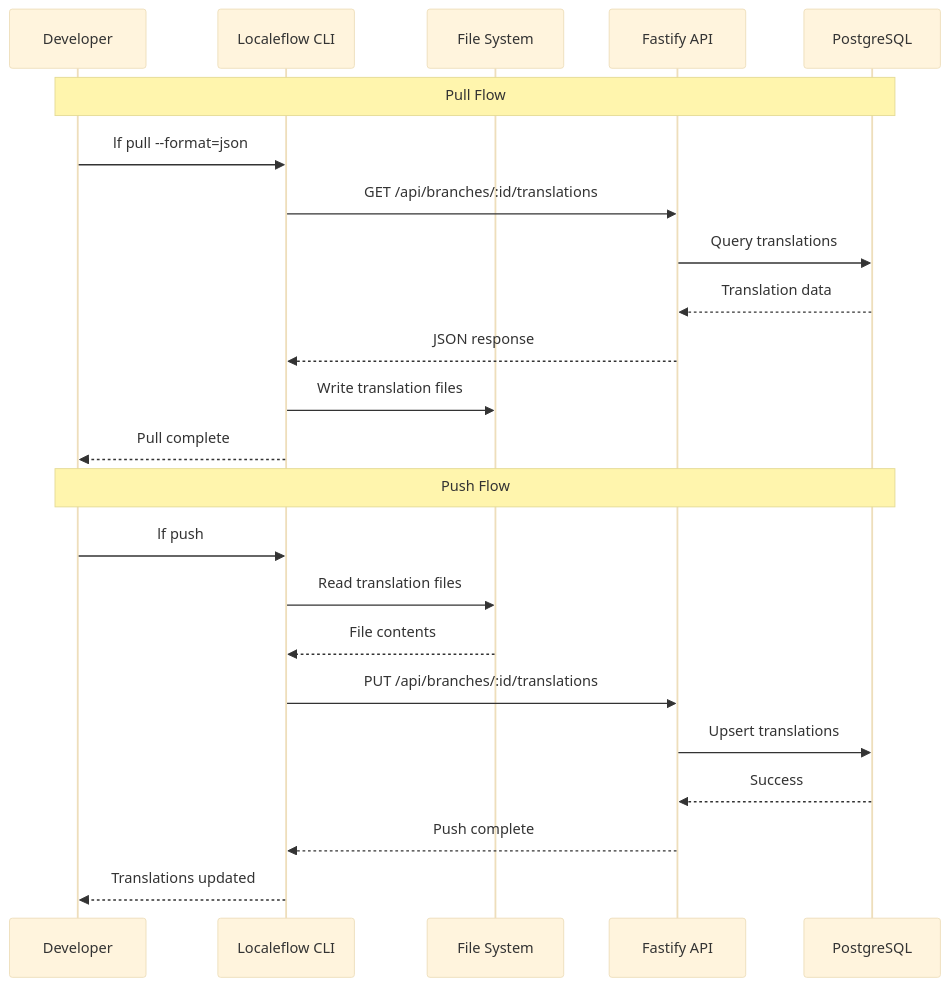
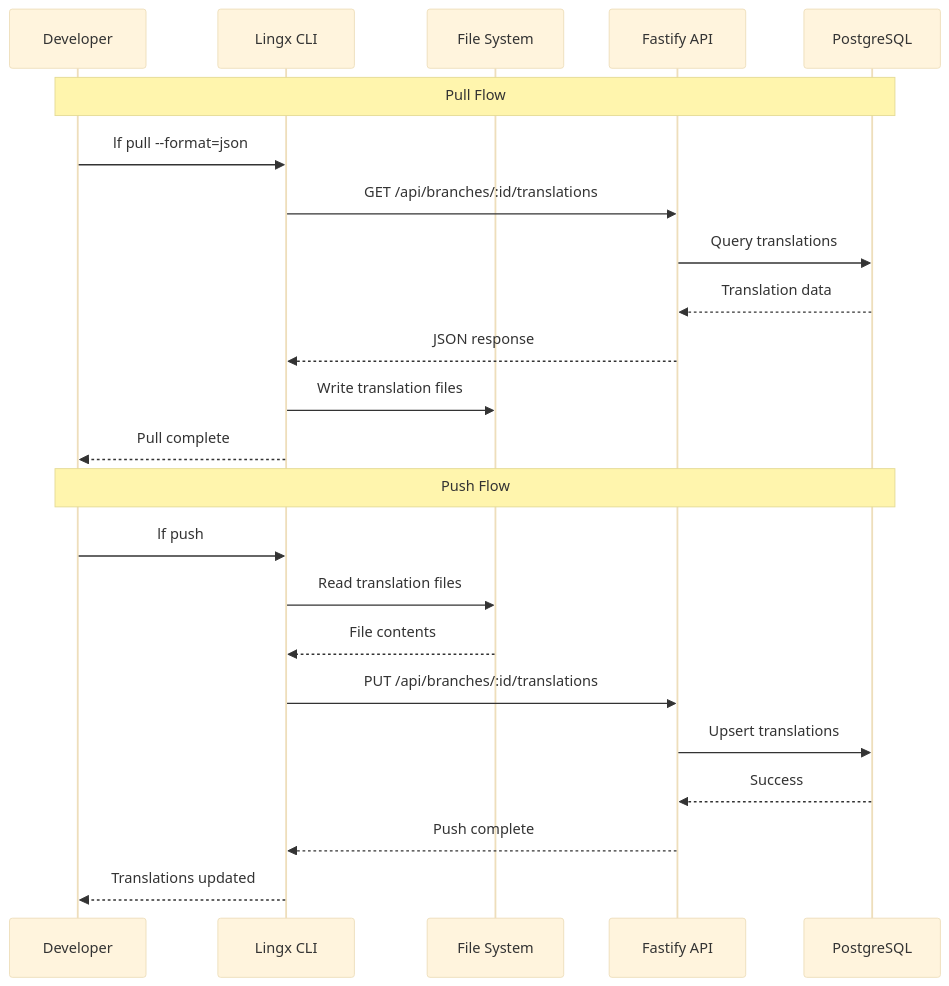
The fourth of 8 diagrams in docs/design/DESIGN.md (VinniZP/lingx), drawn with Mermaid (base theme) before and after one commit. The commit also changed other lines of this file and 322 other files, not shown here.

````diff
--- a/docs/design/DESIGN.md
+++ b/docs/design/DESIGN.md
@@ -384,27 +384,27 @@
 ```mermaid
 sequenceDiagram
     participant Dev as Developer
-    participant CLI as Localeflow CLI
+    participant CLI as Lingx CLI
     participant FS as File System
     participant API as Fastify API
     participant DB as PostgreSQL
 
     Note over Dev,DB: Pull Flow
     Dev->>CLI: lf pull --format=json
     CLI->>API: GET /api/branches/:id/translations
     API->>DB: Query translations
     DB-->>API: Translation data
     API-->>CLI: JSON response
     CLI->>FS: Write translation files
     CLI-->>Dev: Pull complete
 
     Note over Dev,DB: Push Flow
     Dev->>CLI: lf push
     CLI->>FS: Read translation files
     FS-->>CLI: File contents
     CLI->>API: PUT /api/branches/:id/translations
     API->>DB: Upsert translations
     DB-->>API: Success
     API-->>CLI: Push complete
     CLI-->>Dev: Translations updated
 ```
````
